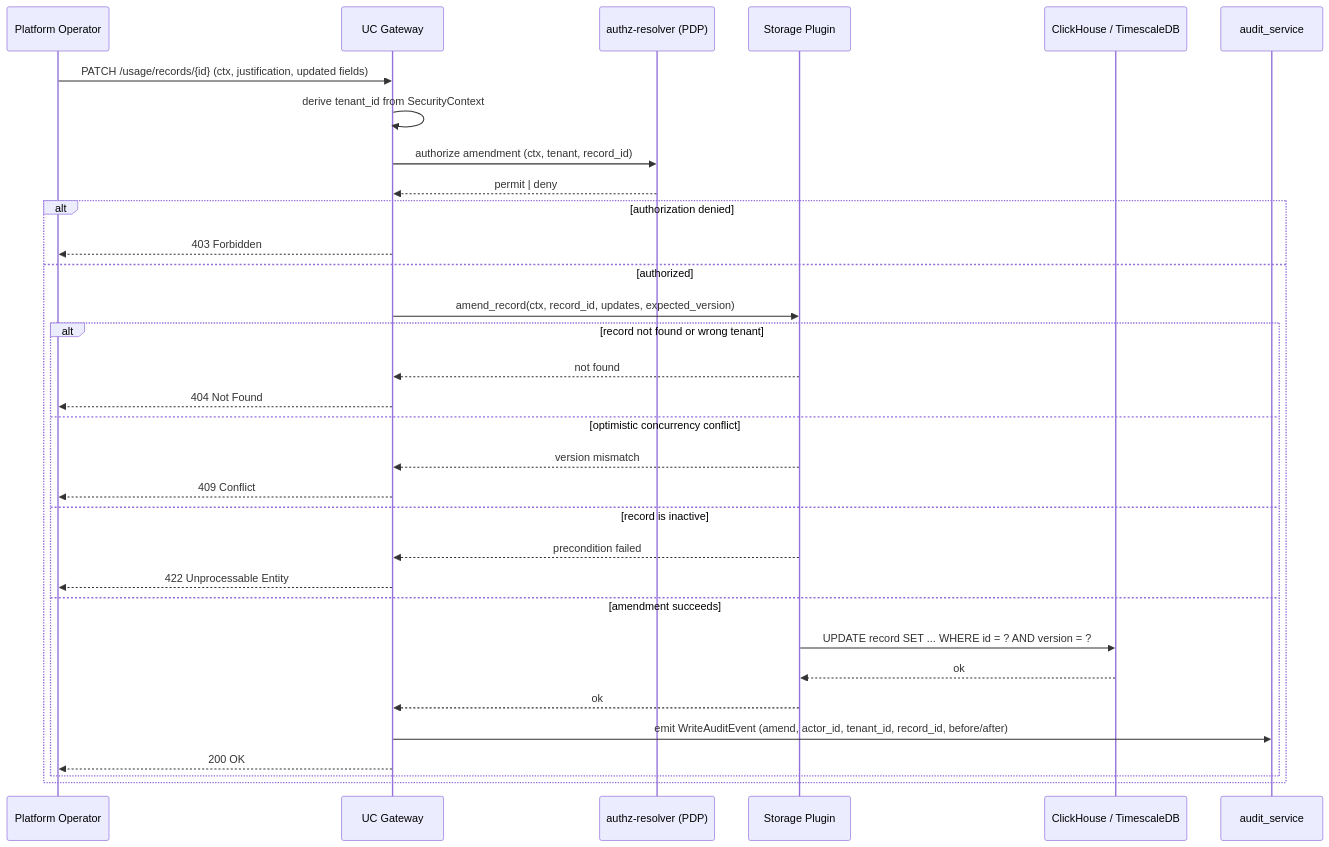
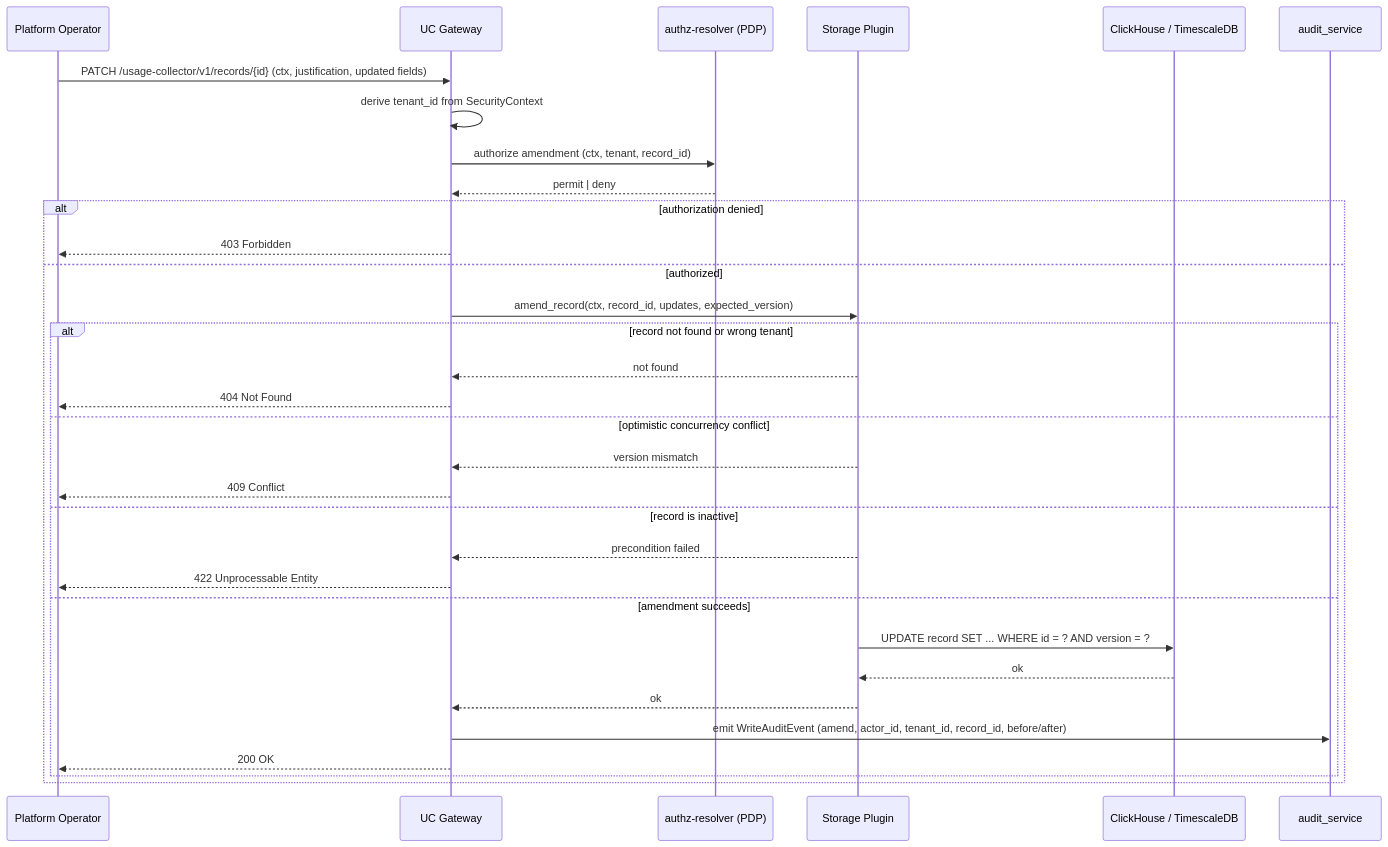
One commit to capybutler/cyberfabric-core changed the seventh of 8 diagrams in modules/system/usage-collector/docs/DESIGN.md. Above: the diagram before and after it, drawn with Mermaid. The commit also changed other lines of this file and 20 other files, not shown here.

First line of the commit message:
feat(usage-collector): add SDK crate and design documentation

````diff
--- a/modules/system/usage-collector/docs/DESIGN.md
+++ b/modules/system/usage-collector/docs/DESIGN.md
@@ -707,35 +890,35 @@
 ```mermaid
 sequenceDiagram
     participant Op as Platform Operator
     participant GW as UC Gateway
     participant PDP as authz-resolver (PDP)
     participant Plugin as Storage Plugin
     participant DB as ClickHouse / TimescaleDB
     participant AS as audit_service
 
-    Op->>GW: PATCH /usage/records/{id} (ctx, justification, updated fields)
+    Op->>GW: PATCH /usage-collector/v1/records/{id} (ctx, justification, updated fields)
     GW->>GW: derive tenant_id from SecurityContext
     GW->>PDP: authorize amendment (ctx, tenant, record_id)
     PDP-->>GW: permit | deny
     alt authorization denied
         GW-->>Op: 403 Forbidden
     else authorized
         GW->>Plugin: amend_record(ctx, record_id, updates, expected_version)
         alt record not found or wrong tenant
             Plugin-->>GW: not found
             GW-->>Op: 404 Not Found
         else optimistic concurrency conflict
             Plugin-->>GW: version mismatch
             GW-->>Op: 409 Conflict
         else record is inactive
             Plugin-->>GW: precondition failed
             GW-->>Op: 422 Unprocessable Entity
         else amendment succeeds
             Plugin->>DB: UPDATE record SET ... WHERE id = ? AND version = ?
             DB-->>Plugin: ok
             Plugin-->>GW: ok
             GW->>AS: emit WriteAuditEvent (amend, actor_id, tenant_id, record_id, before/after)
             GW-->>Op: 200 OK
         end
     end
 ```
````
